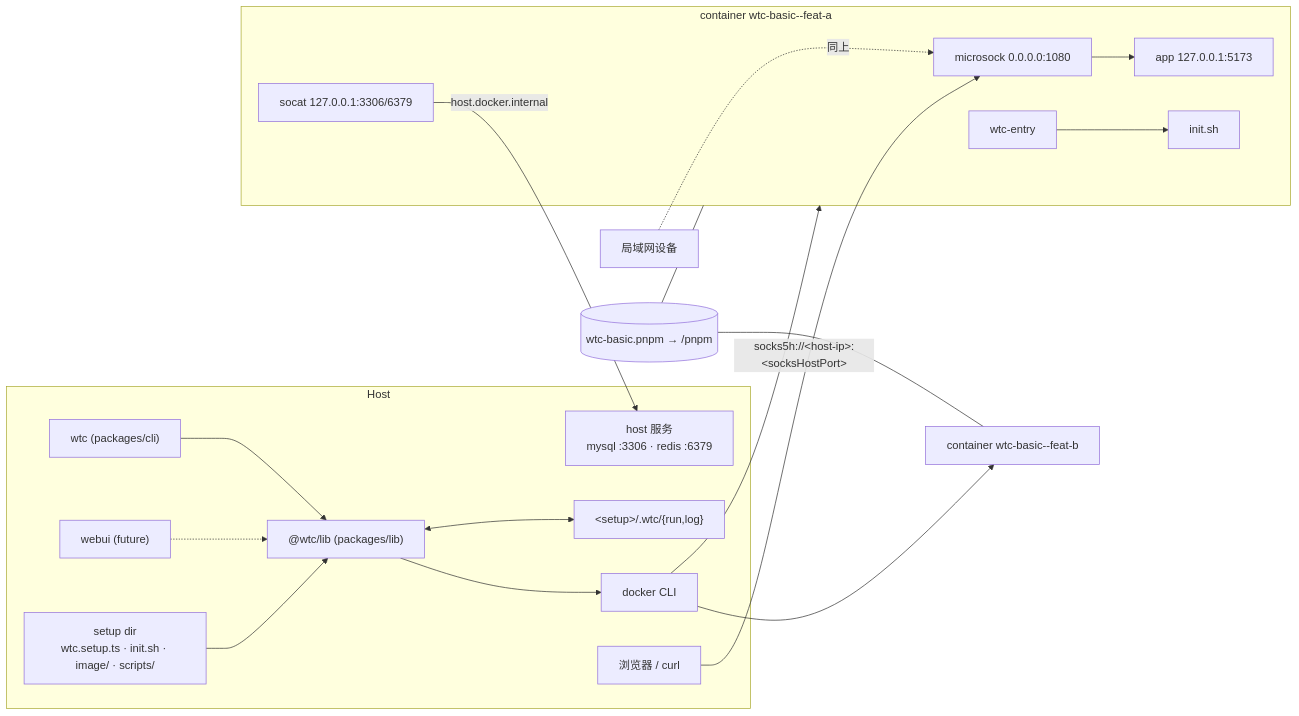
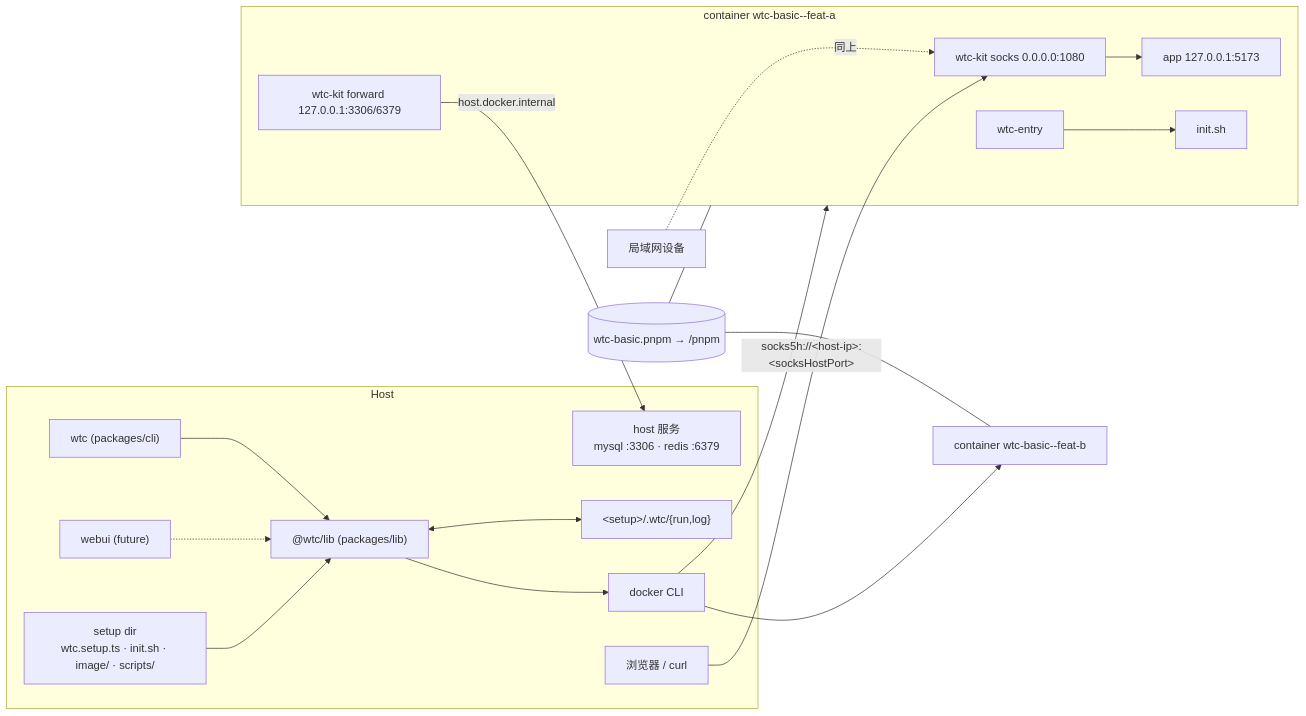
The first of 4 diagrams in docs/superpowers/specs/2026-09-30-wtc-design.md (lyonbot/wtc), drawn with Mermaid before and after one commit. The commit also changed other lines of this file, not shown here.

Commit message:
docs(spec): use Go wtc-kit in container, add socksAuth

````diff
--- a/docs/superpowers/specs/2026-09-30-wtc-design.md
+++ b/docs/superpowers/specs/2026-09-30-wtc-design.md
@@ -43,23 +43,23 @@
 ```mermaid
 flowchart LR
   subgraph host[Host]
     CLI["wtc (packages/cli)"] --> LIB["@wtc/lib (packages/lib)"]
     WEB["webui (future)"] -.-> LIB
     LIB --> RT["docker CLI"]
     LIB <--> ST8["&lt;setup&gt;/.wtc/{run,log}"]
     SETUP["setup dir<br/>wtc.setup.ts · init.sh · image/ · scripts/"] --> LIB
     SVC["host 服务<br/>mysql :3306 · redis :6379"]
     BROWSER["浏览器 / curl"]
   end
   RT --> C1 & C2
   subgraph C1["container wtc-basic--feat-a"]
     ENTRY["wtc-entry"] --> INIT["init.sh"]
-    SOCKS["microsock 0.0.0.0:1080"] --> APP["app 127.0.0.1:5173"]
-    SOCAT["socat 127.0.0.1:3306/6379"]
+    SOCKS["wtc-kit socks 0.0.0.0:1080"] --> APP["app 127.0.0.1:5173"]
+    SOCAT["wtc-kit forward 127.0.0.1:3306/6379"]
   end
   C2["container wtc-basic--feat-b"]
   BROWSER -- "socks5h://&lt;host-ip&gt;:&lt;socksHostPort&gt;" --> SOCKS
   LAN["局域网设备"] -. 同上 .-> SOCKS
   SOCAT -- "host.docker.internal" --> SVC
   VOL[("wtc-basic.pnpm → /pnpm")] --- C1 & C2
 ```
````
